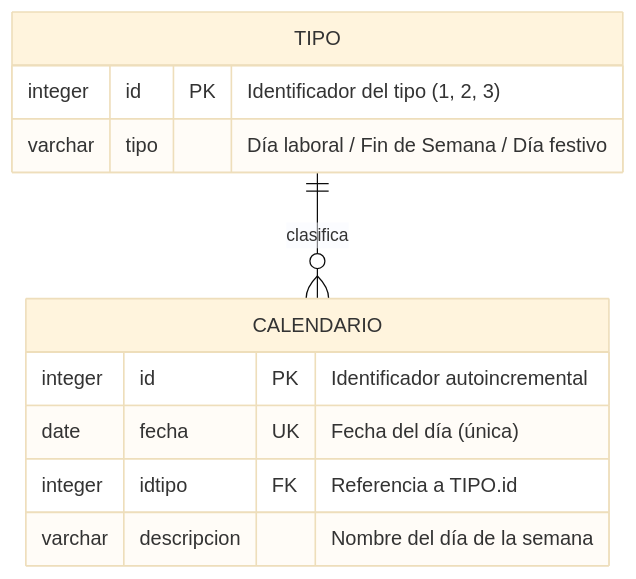
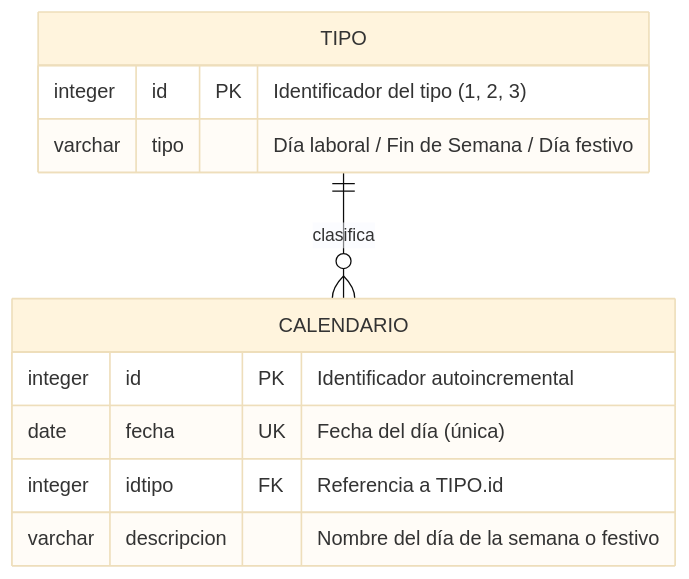
The third of 4 diagrams in README.md (CamiloO15H/arquitectura-api-festivos), drawn with Mermaid (base theme) before and after one commit. The commit also changed other lines of this file and 2 other files, not shown here.

Commit message:
docs: migrar arquitectura de calendario a esquema cebolla (onion) segun clase del 1 de octubre

````diff
--- a/README.md
+++ b/README.md
@@ -150,16 +145,16 @@
 ```mermaid
 erDiagram
     TIPO ||--o{ CALENDARIO : "clasifica"
 
     TIPO {
         integer id PK "Identificador del tipo (1, 2, 3)"
         varchar tipo "Día laboral / Fin de Semana / Día festivo"
     }
 
     CALENDARIO {
         integer id PK "Identificador autoincremental"
         date fecha UK "Fecha del día (única)"
         integer idtipo FK "Referencia a TIPO.id"
-        varchar descripcion "Nombre del día de la semana"
+        varchar descripcion "Nombre del día de la semana o festivo"
     }
 ```
````
